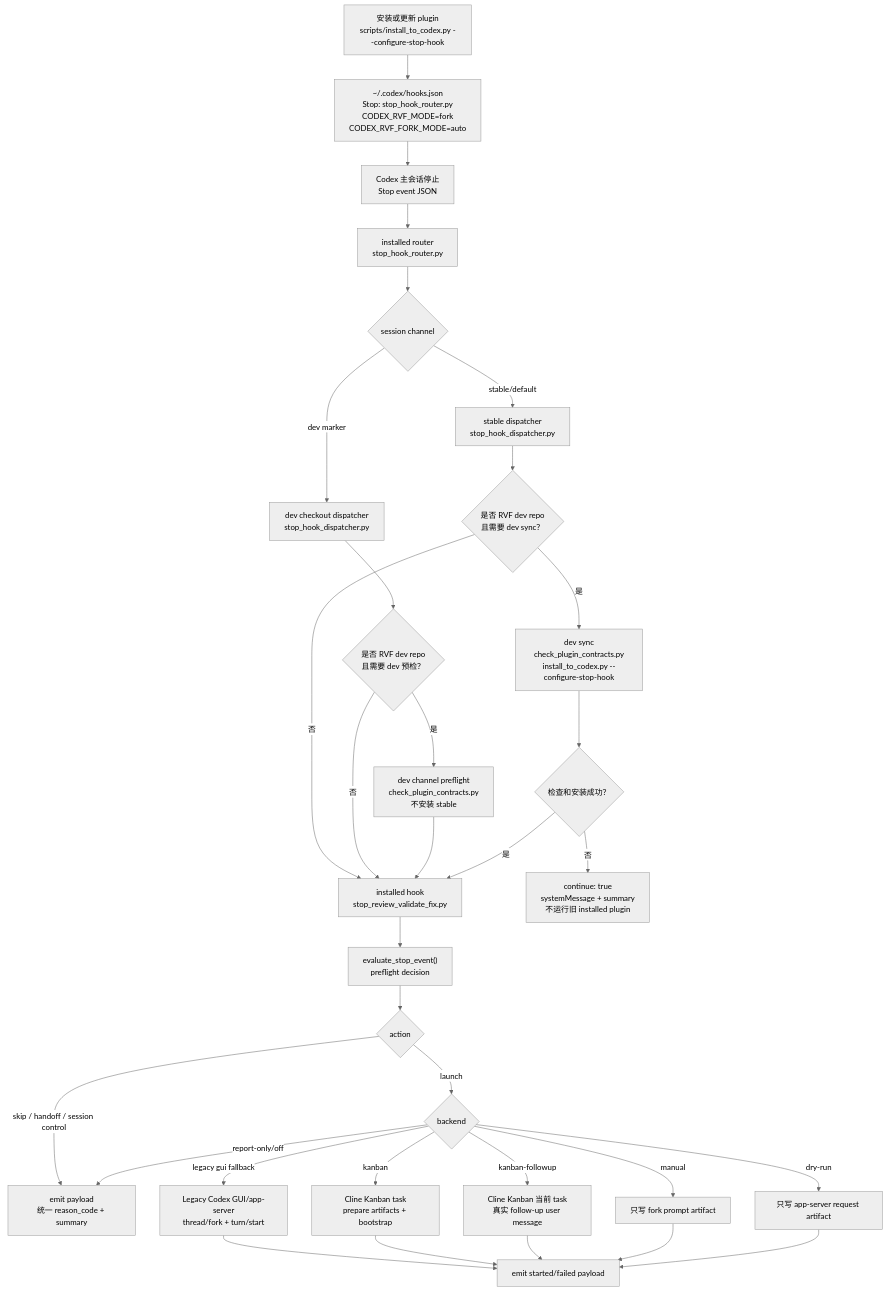
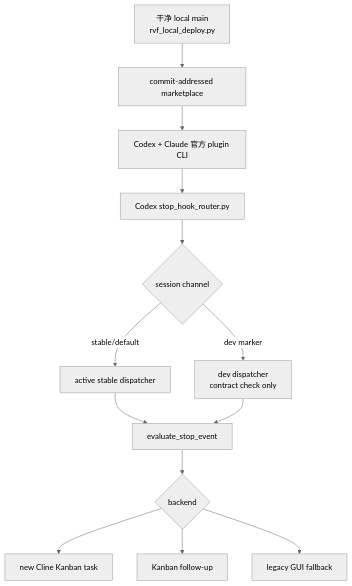
Before and after one commit to RealmX1/review-validate-fix: the diagram in README.md, drawn with Mermaid (neutral theme). The commit also changed other lines of this file and 30 other files, not shown here.

Commit message:
feat(deploy): install local RVF through official CLIs

````diff
--- a/README.md
+++ b/README.md
@@ -241,38 +202,15 @@
 ```mermaid
 flowchart TD
-    Install["安装或更新 plugin\nscripts/install_to_codex.py --configure-stop-hook"] --> Hooks["~/.codex/hooks.json\nStop: stop_hook_router.py\nCODEX_RVF_MODE=fork\nCODEX_RVF_FORK_MODE=auto"]
-    Hooks --> Stop["Codex 主会话停止\nStop event JSON"]
-    Stop --> Router["installed router\nstop_hook_router.py"]
+    Deploy["干净 local main\nrvf_local_deploy.py"] --> Bundle["commit-addressed marketplace"]
+    Bundle --> Official["Codex + Claude 官方 plugin CLI"]
+    Official --> Router["Codex stop_hook_router.py"]
     Router --> Channel{"session channel"}
-    Channel -- "stable/default" --> Dispatcher["stable dispatcher\nstop_hook_dispatcher.py"]
-    Channel -- "dev marker" --> DevDispatcher["dev checkout dispatcher\nstop_hook_dispatcher.py"]
-
-    Dispatcher --> DevCheck{"是否 RVF dev repo\n且需要 dev sync？"}
-    DevDispatcher --> DevContract{"是否 RVF dev repo\n且需要 dev 预检？"}
-    DevCheck -- "否" --> InstalledHook["installed hook\nstop_review_validate_fix.py"]
-    DevCheck -- "是" --> Sync["dev sync\ncheck_plugin_contracts.py\ninstall_to_codex.py --configure-stop-hook"]
-    DevContract -- "否" --> InstalledHook
-    DevContract -- "是" --> ContractOnly["dev channel preflight\ncheck_plugin_contracts.py\n不安装 stable"]
-    ContractOnly --> InstalledHook
-    Sync --> SyncOk{"检查和安装成功？"}
-    SyncOk -- "否" --> BlockingFail["continue: true\nsystemMessage + summary\n不运行旧 installed plugin"]
-    SyncOk -- "是" --> InstalledHook
-
-    InstalledHook --> Evaluate["evaluate_stop_event()\npreflight decision"]
-    Evaluate --> Decision{"action"}
-    Decision -- "skip / handoff / session control" --> Skip["emit payload\n统一 reason_code + summary"]
-    Decision -- "launch" --> Backend{"backend"}
-
-    Backend -- "legacy gui fallback" --> Gui["Legacy Codex GUI/app-server\nthread/fork + turn/start"]
-    Backend -- "kanban" --> Kanban["Cline Kanban task\nprepare artifacts + bootstrap"]
-    Backend -- "kanban-followup" --> KanbanFollowup["Cline Kanban 当前 task\n真实 follow-up user message"]
-    Backend -- "manual" --> Manual["只写 fork prompt artifact"]
-    Backend -- "dry-run" --> DryRun["只写 app-server request artifact"]
-    Backend -- "report-only/off" --> Skip
-
-    Gui --> Result["emit started/failed payload"]
-    Kanban --> Result
-    KanbanFollowup --> Result
-    Manual --> Result
-    DryRun --> Result
+    Channel -- "stable/default" --> Stable["active stable dispatcher"]
+    Channel -- "dev marker" --> Dev["dev dispatcher\ncontract check only"]
+    Stable --> Gate["evaluate_stop_event"]
+    Dev --> Gate
+    Gate --> Backend{"backend"}
+    Backend --> Kanban["new Cline Kanban task"]
+    Backend --> Followup["Kanban follow-up"]
+    Backend --> Gui["legacy GUI fallback"]
 ```
````
